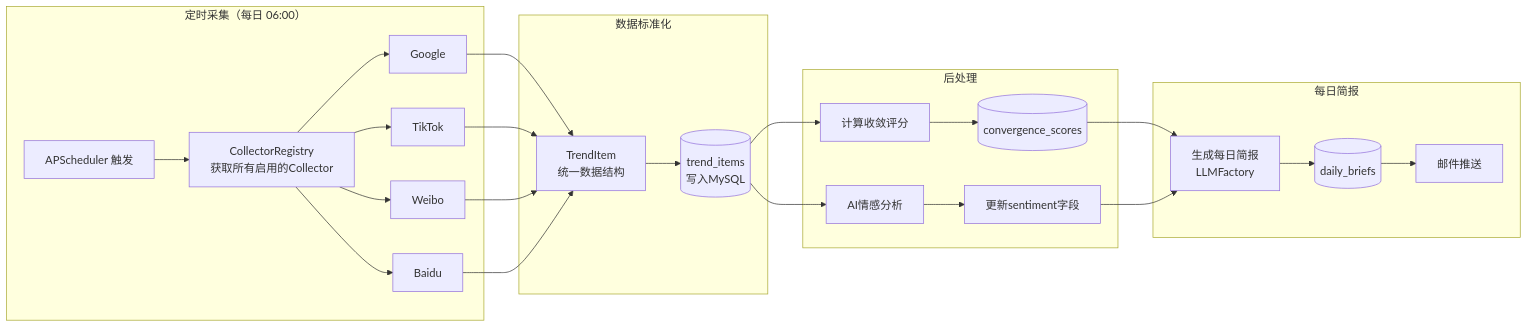
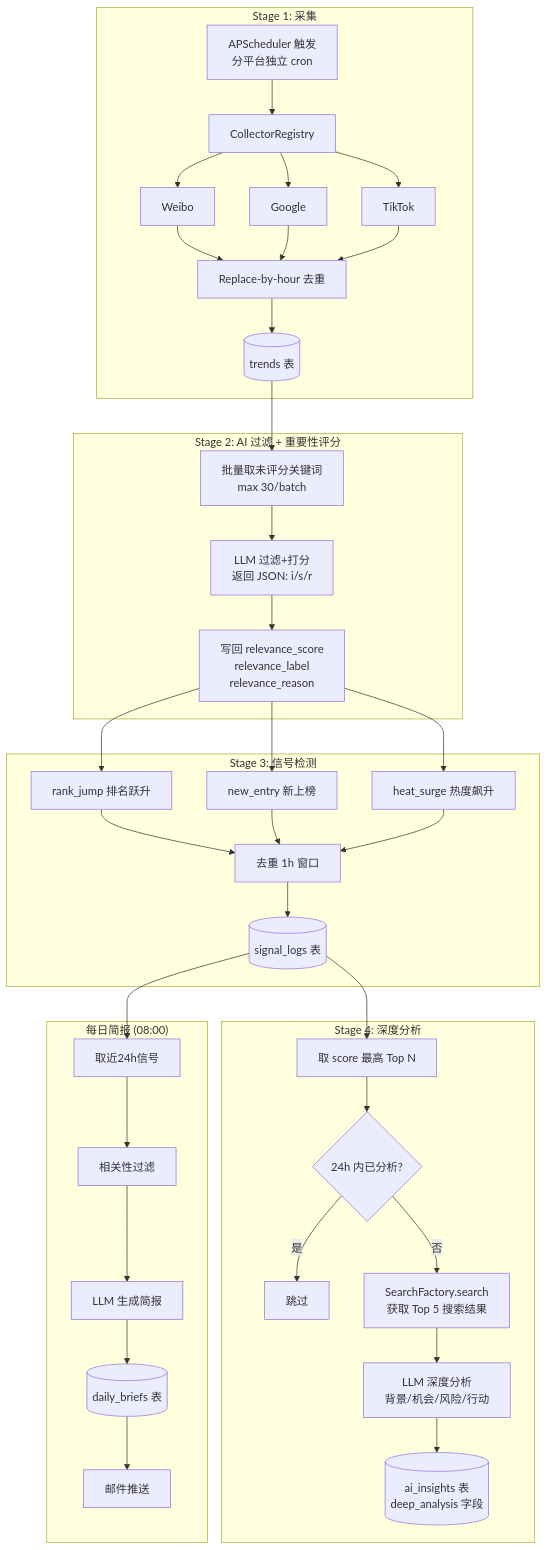
The second of 7 diagrams in docs/ARCHITECTURE.md (JHZhang2736/trendTracker), drawn with Mermaid before and after one commit. The commit also changed other lines of this file and 34 other files, not shown here.

````diff
--- a/docs/ARCHITECTURE.md
+++ b/docs/ARCHITECTURE.md
@@ -76,28 +79,42 @@
 ```mermaid
-flowchart LR
-    subgraph Collect["定时采集（每日 06:00）"]
-        A[APScheduler 触发] --> B[CollectorRegistry<br/>获取所有启用的Collector]
-        B --> C1[Google]
-        B --> C2[TikTok]
-        B --> C3[Weibo]
-        B --> C4[Baidu]
+flowchart TD
+    subgraph Collect["Stage 1: 采集"]
+        A[APScheduler 触发<br/>分平台独立 cron] --> B[CollectorRegistry]
+        B --> C1[Weibo]
+        B --> C2[Google]
+        B --> C3[TikTok]
+        C1 & C2 & C3 --> D[Replace-by-hour 去重]
+        D --> E[(trends 表)]
     end
 
-    subgraph Normalize["数据标准化"]
-        C1 & C2 & C3 & C4 --> D[TrendItem<br/>统一数据结构]
-        D --> E[(trend_items<br/>写入MySQL)]
+    subgraph Filter["Stage 2: AI 过滤 + 重要性评分"]
+        E --> F[批量取未评分关键词<br/>max 30/batch]
+        F --> G[LLM 过滤+打分<br/>返回 JSON: i/s/r]
+        G --> H[写回 relevance_score<br/>relevance_label<br/>relevance_reason]
     end
 
-    subgraph Process["后处理"]
-        E --> F[计算收敛评分]
-        F --> G[(convergence_scores)]
-        E --> H[AI情感分析]
-        H --> I[更新sentiment字段]
+    subgraph Signal["Stage 3: 信号检测"]
+        H --> I[rank_jump 排名跃升]
+        H --> J[new_entry 新上榜]
+        H --> K[heat_surge 热度飙升]
+        I & J & K --> L[去重 1h 窗口]
+        L --> M[(signal_logs 表)]
     end
 
-    subgraph Brief["每日简报"]
-        G & I --> J[生成每日简报<br/>LLMFactory]
-        J --> K[(daily_briefs)]
-        K --> L[邮件推送]
+    subgraph DeepAnalysis["Stage 4: 深度分析"]
+        M --> N[取 score 最高 Top N]
+        N --> O{24h 内已分析?}
+        O -->|是| P[跳过]
+        O -->|否| Q[SearchFactory.search<br/>获取 Top 5 搜索结果]
+        Q --> R[LLM 深度分析<br/>背景/机会/风险/行动]
+        R --> S[(ai_insights 表<br/>deep_analysis 字段)]
+    end
+
+    subgraph Brief["每日简报 (08:00)"]
+        M --> T[取近24h信号]
+        T --> U[相关性过滤]
+        U --> V[LLM 生成简报]
+        V --> W[(daily_briefs 表)]
+        W --> X[邮件推送]
     end
 ```
````
